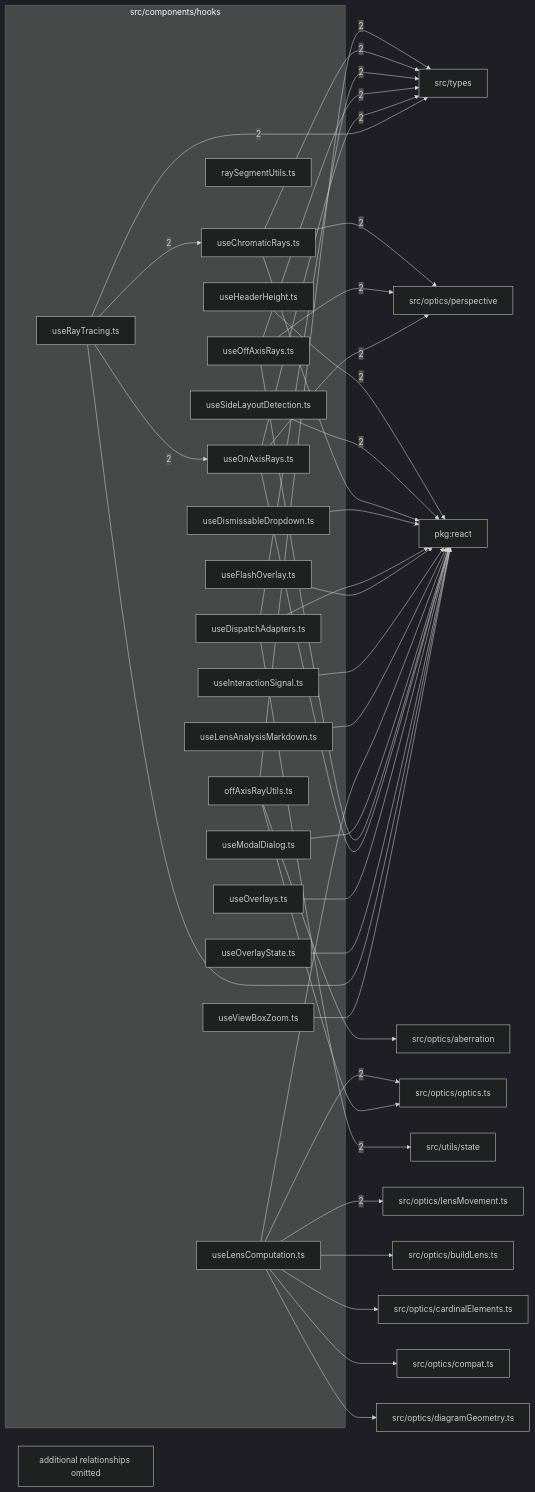
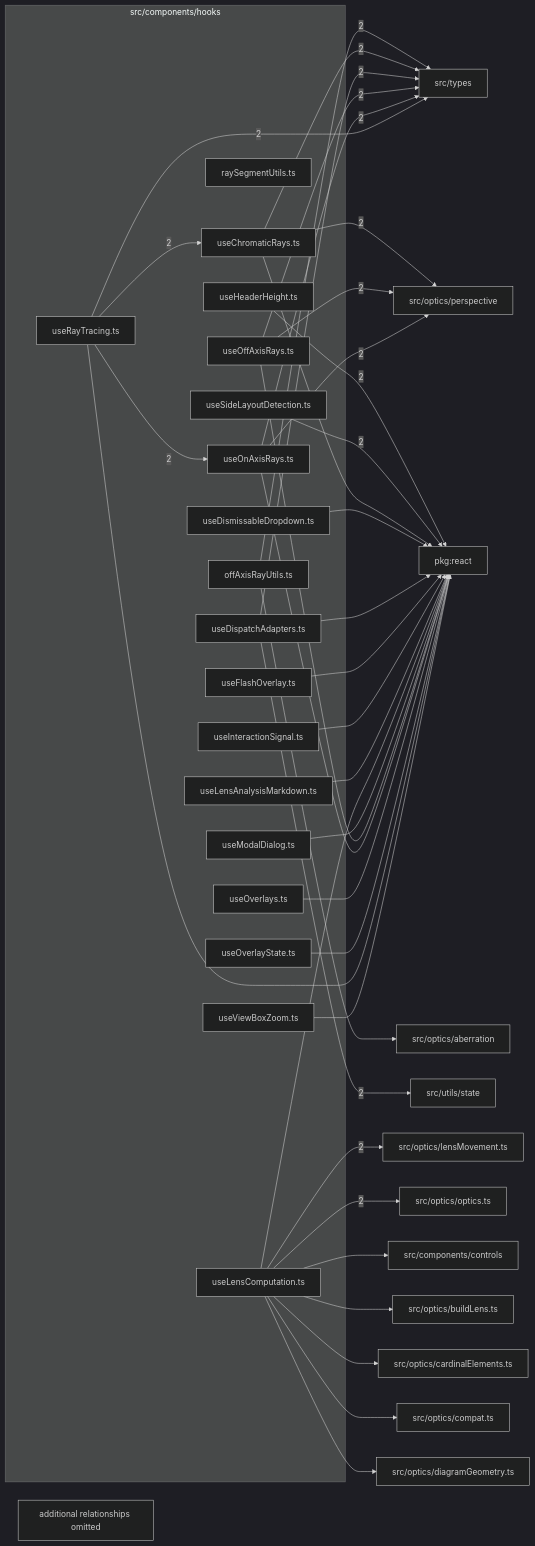
Before and after one commit to ronbuening/LensVisualizer: the diagram in src/components/hooks/readme.md, drawn with Mermaid (dark theme). The commit also changed other lines of this file and 23 other files, not shown here.

````diff
--- a/src/components/hooks/readme.md
+++ b/src/components/hooks/readme.md
@@ -9,71 +9,72 @@
 ```mermaid
 flowchart LR
   subgraph n_src_components_hooks["src/components/hooks"]
     n_src_components_hooks_src_components_hooks_offAxisRayUtils_ts["offAxisRayUtils.ts"]
     n_src_components_hooks_src_components_hooks_raySegmentUtils_ts["raySegmentUtils.ts"]
     n_src_components_hooks_src_components_hooks_useChromaticRays_ts["useChromaticRays.ts"]
     n_src_components_hooks_src_components_hooks_useDismissableDropdown_ts["useDismissableDropdown.ts"]
     n_src_components_hooks_src_components_hooks_useDispatchAdapters_ts["useDispatchAdapters.ts"]
     n_src_components_hooks_src_components_hooks_useFlashOverlay_ts["useFlashOverlay.ts"]
     n_src_components_hooks_src_components_hooks_useHeaderHeight_ts["useHeaderHeight.ts"]
     n_src_components_hooks_src_components_hooks_useInteractionSignal_ts["useInteractionSignal.ts"]
     n_src_components_hooks_src_components_hooks_useLensAnalysisMarkdown_ts["useLensAnalysisMarkdown.ts"]
     n_src_components_hooks_src_components_hooks_useLensComputation_ts["useLensComputation.ts"]
     n_src_components_hooks_src_components_hooks_useModalDialog_ts["useModalDialog.ts"]
     n_src_components_hooks_src_components_hooks_useOffAxisRays_ts["useOffAxisRays.ts"]
     n_src_components_hooks_src_components_hooks_useOnAxisRays_ts["useOnAxisRays.ts"]
     n_src_components_hooks_src_components_hooks_useOverlays_ts["useOverlays.ts"]
     n_src_components_hooks_src_components_hooks_useOverlayState_ts["useOverlayState.ts"]
     n_src_components_hooks_src_components_hooks_useRayTracing_ts["useRayTracing.ts"]
     n_src_components_hooks_src_components_hooks_useSideLayoutDetection_ts["useSideLayoutDetection.ts"]
     n_src_components_hooks_src_components_hooks_useViewBoxZoom_ts["useViewBoxZoom.ts"]
   end
   n_external_pkg_react["pkg:react"]
   n_external_src_optics_lensMovement_ts["src/optics/lensMovement.ts"]
   n_external_src_optics_optics_ts["src/optics/optics.ts"]
   n_external_src_optics_perspective["src/optics/perspective"]
   n_external_src_types["src/types"]
   n_external_src_utils_state["src/utils/state"]
+  n_external_src_components_controls["src/components/controls"]
   n_external_src_optics_aberration["src/optics/aberration"]
   n_external_src_optics_buildLens_ts["src/optics/buildLens.ts"]
   n_external_src_optics_cardinalElements_ts["src/optics/cardinalElements.ts"]
   n_external_src_optics_compat_ts["src/optics/compat.ts"]
   n_external_src_optics_diagramGeometry_ts["src/optics/diagramGeometry.ts"]
   n_src_components_hooks_src_components_hooks_useHeaderHeight_ts --> |2| n_external_pkg_react
   n_src_components_hooks_src_components_hooks_useSideLayoutDetection_ts --> |2| n_external_pkg_react
   n_src_components_hooks_src_components_hooks_useLensComputation_ts --> |2| n_external_src_optics_lensMovement_ts
   n_src_components_hooks_src_components_hooks_useLensComputation_ts --> |2| n_external_src_optics_optics_ts
   n_src_components_hooks_src_components_hooks_useChromaticRays_ts --> |2| n_external_src_optics_perspective
   n_src_components_hooks_src_components_hooks_useOffAxisRays_ts --> |2| n_external_src_optics_perspective
   n_src_components_hooks_src_components_hooks_useOnAxisRays_ts --> |2| n_external_src_optics_perspective
   n_src_components_hooks_src_components_hooks_offAxisRayUtils_ts --> |2| n_external_src_types
   n_src_components_hooks_src_components_hooks_useChromaticRays_ts --> |2| n_external_src_types
   n_src_components_hooks_src_components_hooks_useDispatchAdapters_ts --> |2| n_external_src_types
   n_src_components_hooks_src_components_hooks_useOffAxisRays_ts --> |2| n_external_src_types
   n_src_components_hooks_src_components_hooks_useOnAxisRays_ts --> |2| n_external_src_types
   n_src_components_hooks_src_components_hooks_useRayTracing_ts --> |2| n_external_src_types
   n_src_components_hooks_src_components_hooks_useDispatchAdapters_ts --> |2| n_external_src_utils_state
   n_src_components_hooks_src_components_hooks_useRayTracing_ts --> |2| n_src_components_hooks_src_components_hooks_useChromaticRays_ts
   n_src_components_hooks_src_components_hooks_useRayTracing_ts --> |2| n_src_components_hooks_src_components_hooks_useOnAxisRays_ts
   n_src_components_hooks_src_components_hooks_useChromaticRays_ts --> n_external_pkg_react
   n_src_components_hooks_src_components_hooks_useDismissableDropdown_ts --> n_external_pkg_react
   n_src_components_hooks_src_components_hooks_useDispatchAdapters_ts --> n_external_pkg_react
   n_src_components_hooks_src_components_hooks_useFlashOverlay_ts --> n_external_pkg_react
   n_src_components_hooks_src_components_hooks_useInteractionSignal_ts --> n_external_pkg_react
   n_src_components_hooks_src_components_hooks_useLensAnalysisMarkdown_ts --> n_external_pkg_react
   n_src_components_hooks_src_components_hooks_useLensComputation_ts --> n_external_pkg_react
   n_src_components_hooks_src_components_hooks_useModalDialog_ts --> n_external_pkg_react
   n_src_components_hooks_src_components_hooks_useOffAxisRays_ts --> n_external_pkg_react
   n_src_components_hooks_src_components_hooks_useOnAxisRays_ts --> n_external_pkg_react
   n_src_components_hooks_src_components_hooks_useOverlays_ts --> n_external_pkg_react
   n_src_components_hooks_src_components_hooks_useOverlayState_ts --> n_external_pkg_react
   n_src_components_hooks_src_components_hooks_useRayTracing_ts --> n_external_pkg_react
   n_src_components_hooks_src_components_hooks_useViewBoxZoom_ts --> n_external_pkg_react
+  n_src_components_hooks_src_components_hooks_useLensComputation_ts --> n_external_src_components_controls
   n_src_components_hooks_src_components_hooks_offAxisRayUtils_ts --> n_external_src_optics_aberration
   n_src_components_hooks_src_components_hooks_useLensComputation_ts --> n_external_src_optics_buildLens_ts
   n_src_components_hooks_src_components_hooks_useLensComputation_ts --> n_external_src_optics_cardinalElements_ts
   n_src_components_hooks_src_components_hooks_useLensComputation_ts --> n_external_src_optics_compat_ts
   n_src_components_hooks_src_components_hooks_useLensComputation_ts --> n_external_src_optics_diagramGeometry_ts
-  n_src_components_hooks_src_components_hooks_offAxisRayUtils_ts --> n_external_src_optics_optics_ts
   n_src_components_hooks_truncated["additional relationships omitted"]
 ```
````
